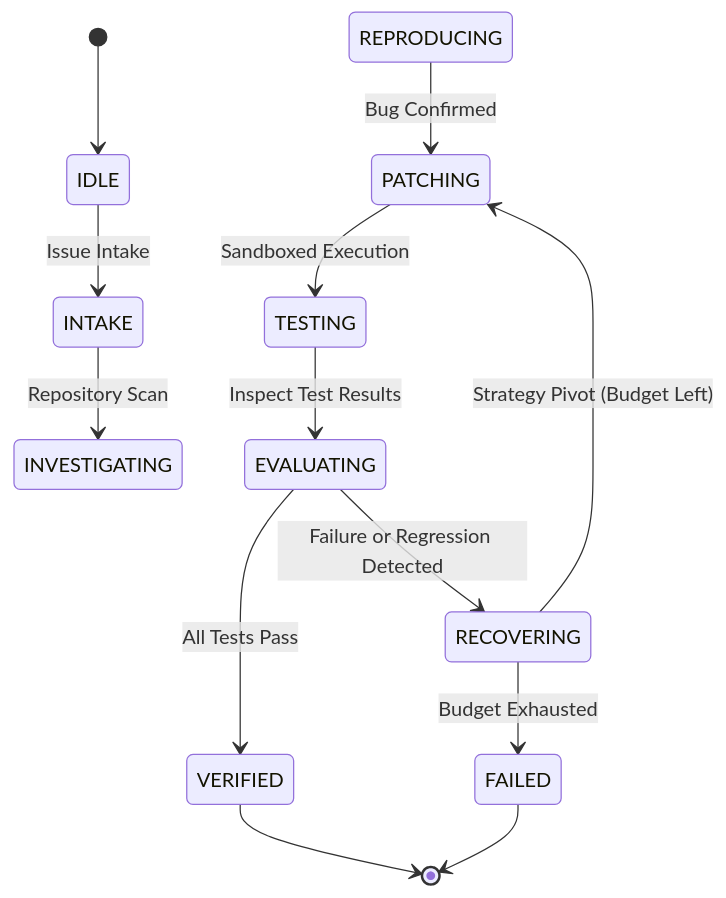
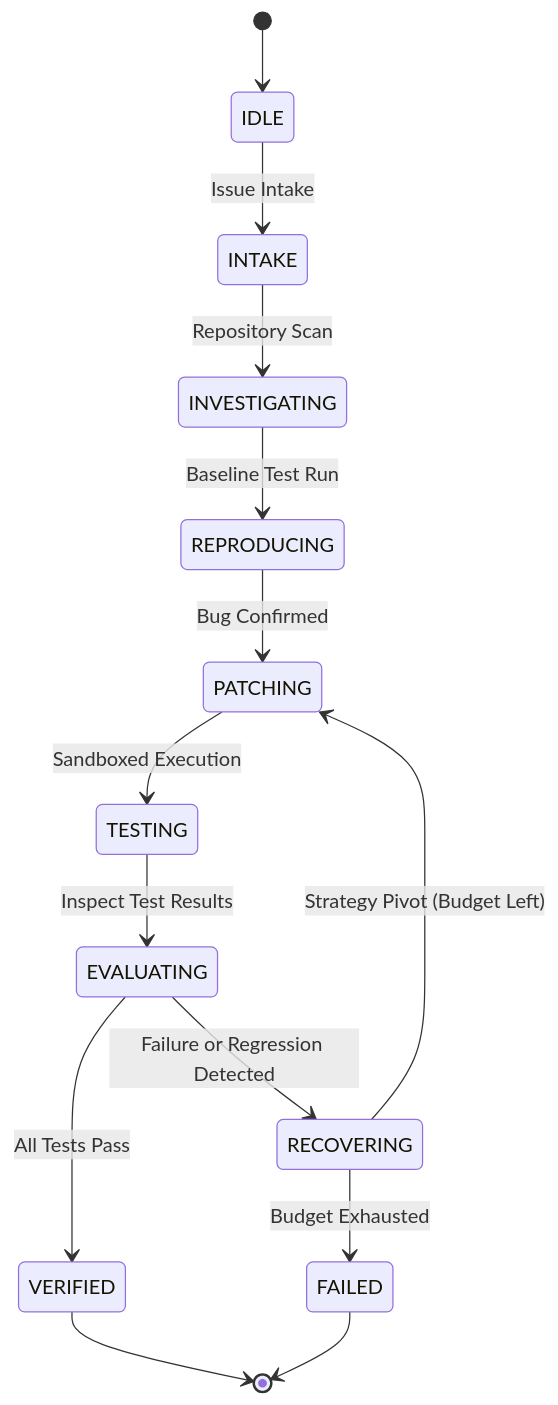
The diagram in docs/architecture.md (Quantum-Ark/patchai), drawn with Mermaid before and after one commit. The commit also changed 2 other files, not shown here.

Commit message:
fix: Polish pre-check failure categorization and architecture diagram

````diff
--- a/docs/architecture.md
+++ b/docs/architecture.md
@@ -17,15 +17,16 @@
 ```mermaid
 stateDiagram-v2
     [*] --> IDLE
     IDLE --> INTAKE: Issue Intake
     INTAKE --> INVESTIGATING: Repository Scan
+    INVESTIGATING --> REPRODUCING: Baseline Test Run
     REPRODUCING --> PATCHING: Bug Confirmed
     PATCHING --> TESTING: Sandboxed Execution
     TESTING --> EVALUATING: Inspect Test Results
     EVALUATING --> VERIFIED: All Tests Pass
     EVALUATING --> RECOVERING: Failure or Regression Detected
     RECOVERING --> PATCHING: Strategy Pivot (Budget Left)
     RECOVERING --> FAILED: Budget Exhausted
     VERIFIED --> [*]
     FAILED --> [*]
 ```
````
